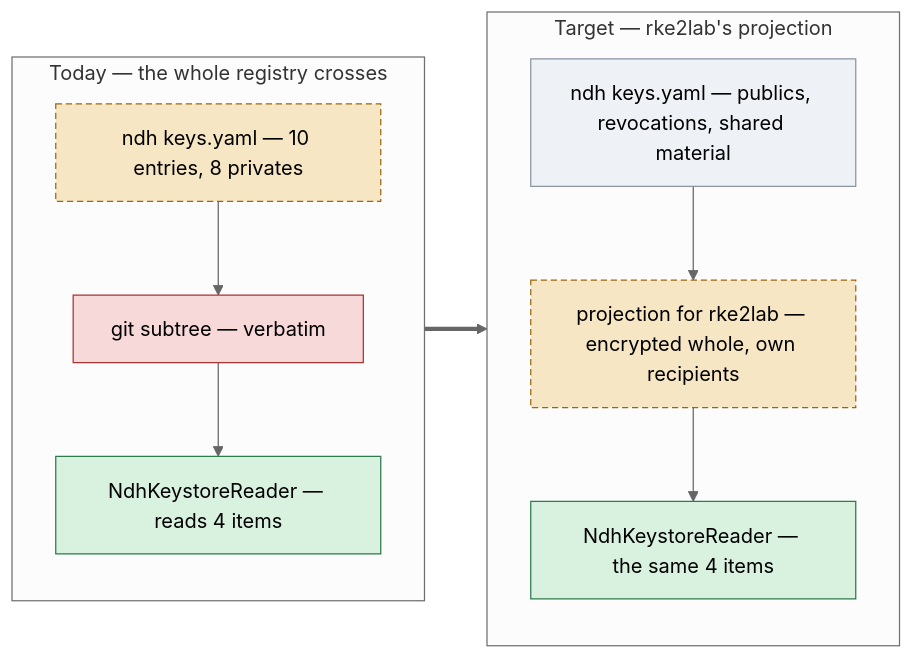
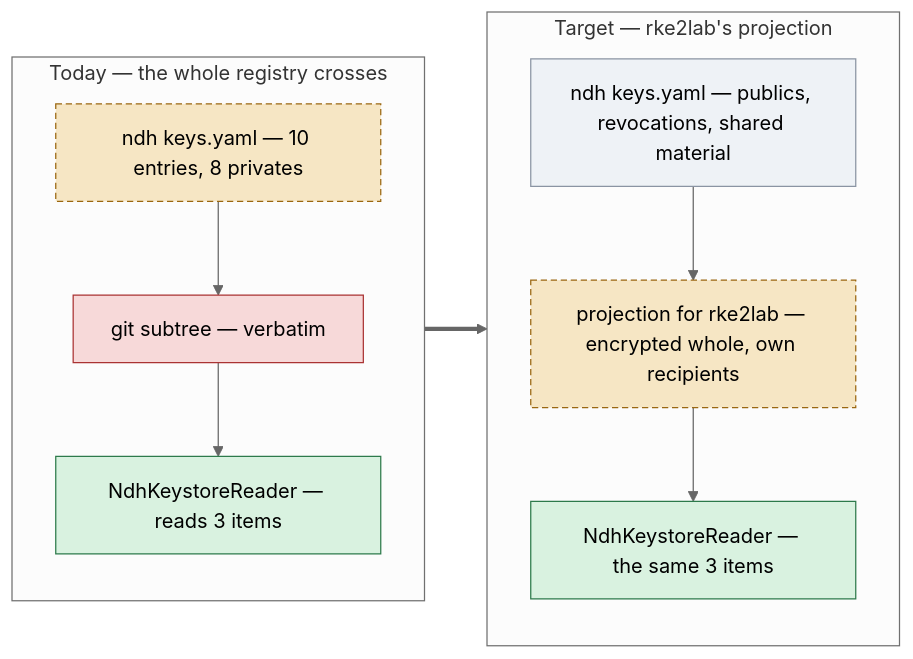
Before and after one commit to seedmatic/rke2lab: the fifth of 5 diagrams in docs/architecture/atlas/cellar-secrets.adoc, drawn with Mermaid (neutral theme). The commit also changed other lines of this file and 62 other files, not shown here.

```diff
--- a/docs/architecture/atlas/cellar-secrets.adoc
+++ b/docs/architecture/atlas/cellar-secrets.adoc
@@ -362,24 +359,24 @@
 [mermaid]
 ....
 flowchart LR
   subgraph BEFORE["Today — the whole registry crosses"]
     direction TB
     nb["ndh keys.yaml — 10 entries, 8 privates"]:::secret
     st["git subtree — verbatim"]:::warn
-    rd["NdhKeystoreReader — reads 4 items"]:::ok
+    rd["NdhKeystoreReader — reads 3 items"]:::ok
     nb --> st --> rd
   end
   subgraph AFTER["Target — rke2lab's projection"]
     direction TB
     nb2["ndh keys.yaml — publics, revocations, shared material"]:::plain
     pj["projection for rke2lab — encrypted whole, own recipients"]:::secret
-    rd2["NdhKeystoreReader — the same 4 items"]:::ok
+    rd2["NdhKeystoreReader — the same 3 items"]:::ok
     nb2 --> pj --> rd2
   end
   BEFORE ==> AFTER
 
   classDef secret fill:#f6e6c4,stroke:#9a6710,stroke-dasharray:5 3;
   classDef warn fill:#f7d9d9,stroke:#a33;
   classDef ok fill:#d9f2e0,stroke:#2d7a4b;
   classDef plain fill:#eef2f6,stroke:#8a94a3;
 ....
```
